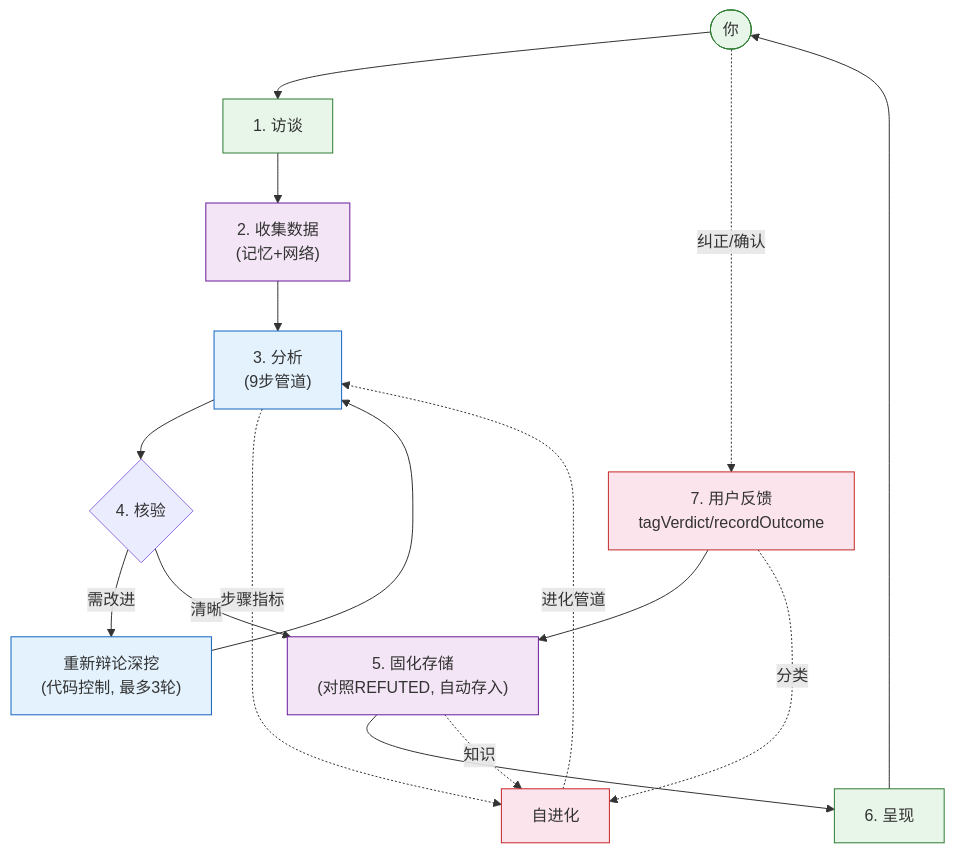
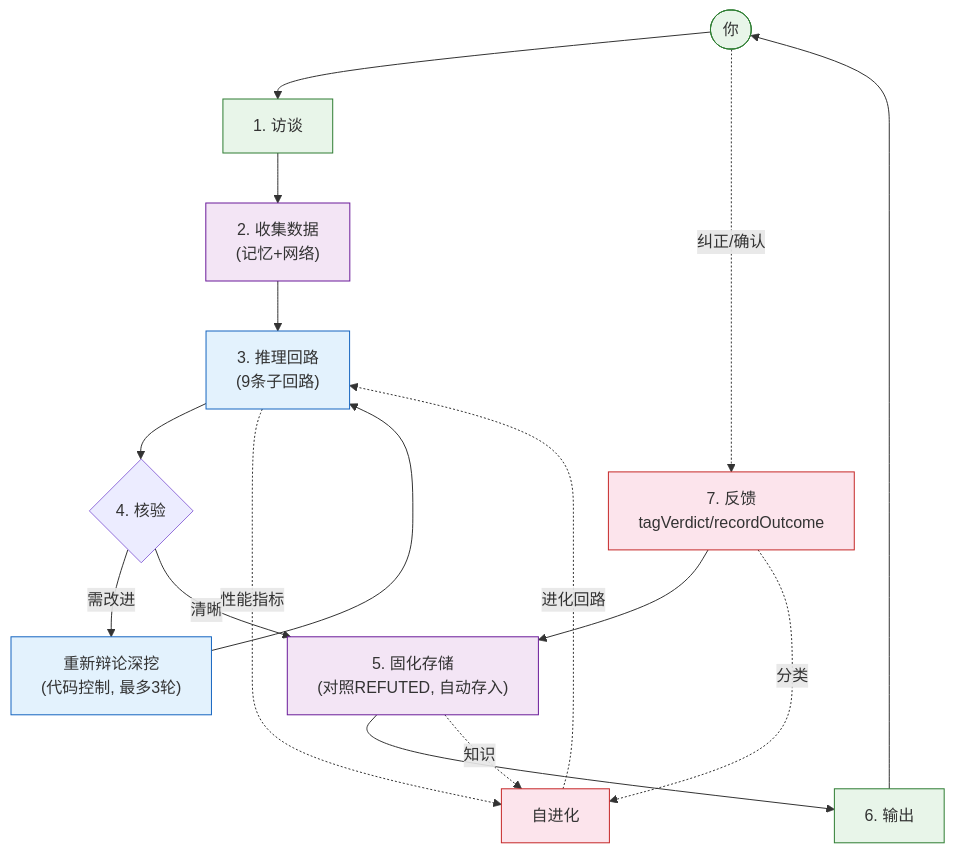
The diagram in README_CN.md (ljjluke/ponder-skill), drawn with Mermaid before and after one commit. The commit also changed other lines of this file and 4 other files, not shown here.

````diff
--- a/README_CN.md
+++ b/README_CN.md
@@ -41,26 +41,26 @@
 ```mermaid
 flowchart TB
     classDef user fill:#e8f5e9,stroke:#2e7d32
     classDef pipe fill:#e3f2fd,stroke:#1565c0
     classDef mem fill:#f3e5f5,stroke:#6a1b9a
     classDef evolve fill:#fce4ec,stroke:#c62828
 
     U(["你"]):::user --> I["1. 访谈"]:::user
-    I --> DQ["2. 收集数据<br/>(记忆+网络)"]:::mem
-    DQ --> PL["3. 分析<br/>(9步管道)"]:::pipe
+    I --> DQ["2. 收集数据\n(记忆+网络)"]:::mem
+    DQ --> PL["3. 推理回路\n(9条子回路)"]:::pipe
 
     PL --> V{"4. 核验"}
-    V -->|需改进| D["重新辩论深挖<br/>(代码控制, 最多3轮)"]:::pipe
+    V -->|需改进| D["重新辩论深挖\n(代码控制, 最多3轮)"]:::pipe
     D --> PL
-    V -->|清晰| C["5. 固化存储<br/>(对照REFUTED, 自动存入)"]:::mem
+    V -->|清晰| C["5. 固化存储\n(对照REFUTED, 自动存入)"]:::mem
 
-    C --> P["6. 呈现"]:::user
+    C --> P["6. 输出"]:::user
     P --> U
-    U -.->|纠正/确认| F["7. 用户反馈<br/>tagVerdict/recordOutcome"]:::evolve
+    U -.->|纠正/确认| F["7. 反馈\ntagVerdict/recordOutcome"]:::evolve
     F --> C
 
-    PL -.->|步骤指标| E["自进化"]:::evolve
+    PL -.->|性能指标| E["自进化"]:::evolve
     C -.->|知识| E
     F -.->|分类| E
-    E -.->|进化管道| PL
+    E -.->|进化回路| PL
 ```
````
